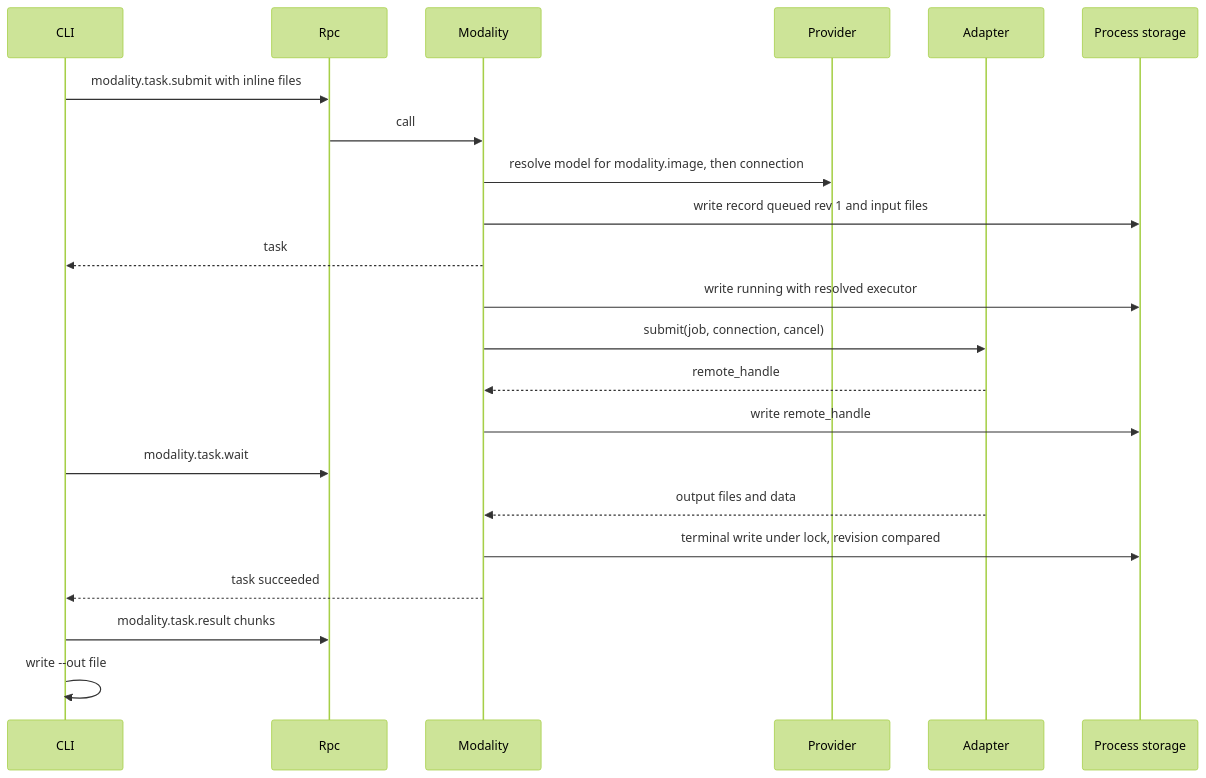
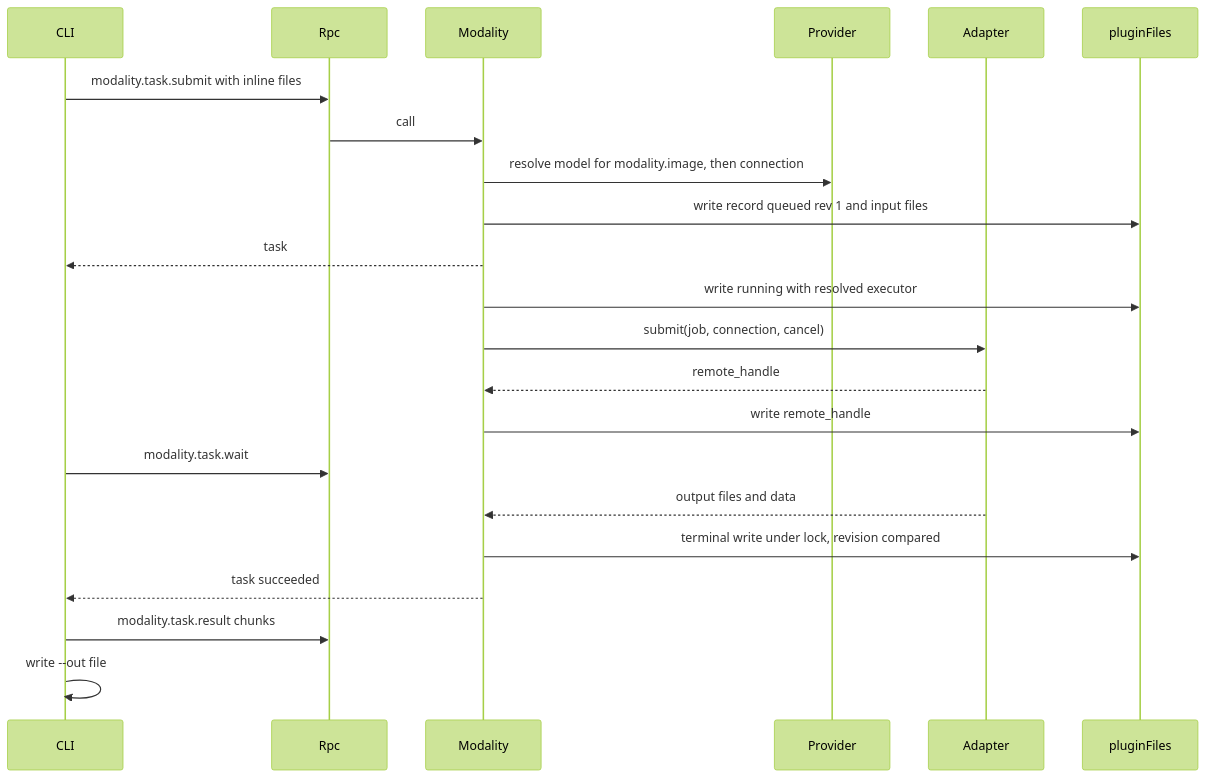
One commit to CoutinhoTTS/dim-agent changed the third of 6 diagrams in docs/design/plugins/Modality.md. Above: the diagram before and after it, drawn with Mermaid (forest theme). The commit also changed other lines of this file and 42 other files, not shown here.

````diff
--- a/docs/design/plugins/Modality.md
+++ b/docs/design/plugins/Modality.md
@@ -80,24 +80,24 @@
 ```mermaid
 sequenceDiagram
   participant C as CLI
   participant R as Rpc
   participant D as Modality
   participant P as Provider
   participant A as Adapter
-  participant S as Process storage
+  participant S as pluginFiles
   C->>R: modality.task.submit with inline files
   R->>D: call
   D->>P: resolve model for modality.image, then connection
   D->>S: write record queued rev 1 and input files
   D-->>C: task
   D->>S: write running with resolved executor
   D->>A: submit(job, connection, cancel)
   A-->>D: remote_handle
   D->>S: write remote_handle
   C->>R: modality.task.wait
   A-->>D: output files and data
   D->>S: terminal write under lock, revision compared
   D-->>C: task succeeded
   C->>R: modality.task.result chunks
   C->>C: write --out file
 ```
````
